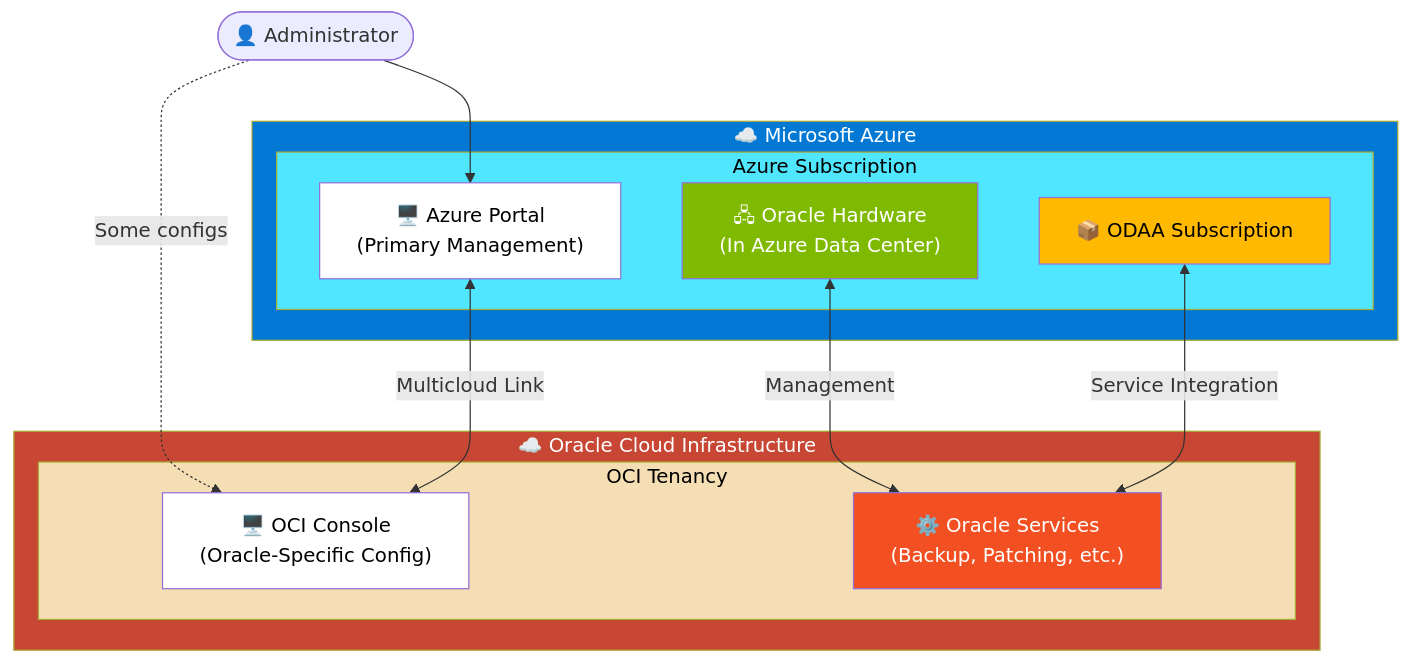
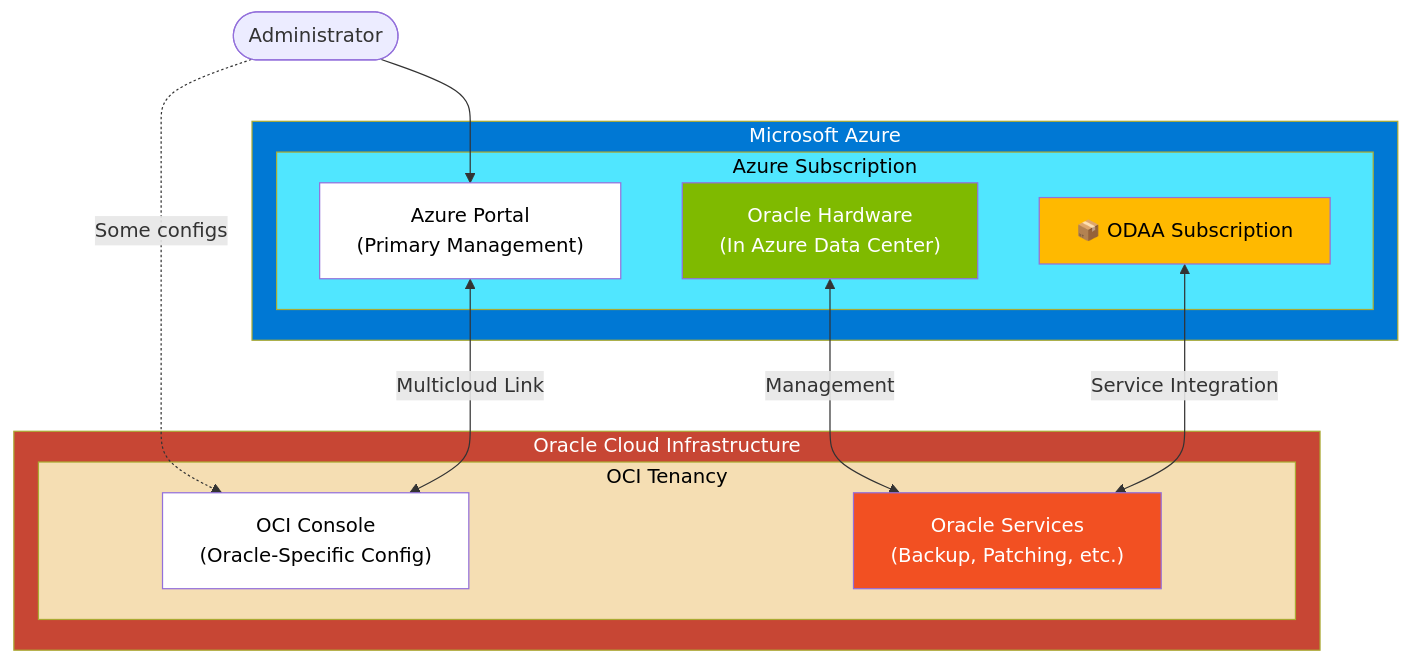
The third of 3 diagrams in 03-Azure/01-03-Infrastructure/10_Oracle_on_Azure/walkthrough/create-odaa-subscription/create-odaa-subscription.md (cpinotossi/msftmh), drawn with Mermaid before and after one commit. The commit also changed other lines of this file and 14 other files, not shown here.

````diff
--- a/03-Azure/01-03-Infrastructure/10_Oracle_on_Azure/walkthrough/create-odaa-subscription/create-odaa-subscription.md
+++ b/03-Azure/01-03-Infrastructure/10_Oracle_on_Azure/walkthrough/create-odaa-subscription/create-odaa-subscription.md
@@ -144,34 +144,34 @@
 ```mermaid
 flowchart TB
-    subgraph Azure["☁️ Microsoft Azure"]
+    subgraph Azure[" Microsoft Azure"]
         subgraph AzureSub["Azure Subscription"]
-            Portal["🖥️ Azure Portal<br/>(Primary Management)"]
+            Portal[" Azure Portal<br/>(Primary Management)"]
             ODAAS["📦 ODAA Subscription"]
-            Hardware["🖧 Oracle Hardware<br/>(In Azure Data Center)"]
+            Hardware[" Oracle Hardware<br/>(In Azure Data Center)"]
         end
     end
 
-    subgraph OCI["☁️ Oracle Cloud Infrastructure"]
+    subgraph OCI[" Oracle Cloud Infrastructure"]
         subgraph OCITenancy["OCI Tenancy"]
-            Console["🖥️ OCI Console<br/>(Oracle-Specific Config)"]
-            OracleServices["⚙️ Oracle Services<br/>(Backup, Patching, etc.)"]
+            Console[" OCI Console<br/>(Oracle-Specific Config)"]
+            OracleServices[" Oracle Services<br/>(Backup, Patching, etc.)"]
         end
     end
 
     Portal <--> |"Multicloud Link"| Console
     ODAAS <--> |"Service Integration"| OracleServices
     Hardware <--> |"Management"| OracleServices
 
-    User(["👤 Administrator"]) --> Portal
+    User([" Administrator"]) --> Portal
     User -.-> |"Some configs"| Console
 
     style Azure fill:#0078D4,color:#fff
     style AzureSub fill:#50E6FF,color:#000
     style OCI fill:#C74634,color:#fff
     style OCITenancy fill:#F5DEB3,color:#000
     style Portal fill:#fff,color:#000
     style Console fill:#fff,color:#000
     style ODAAS fill:#FFB900,color:#000
     style Hardware fill:#7FBA00,color:#fff
     style OracleServices fill:#F25022,color:#fff
 ```
````
